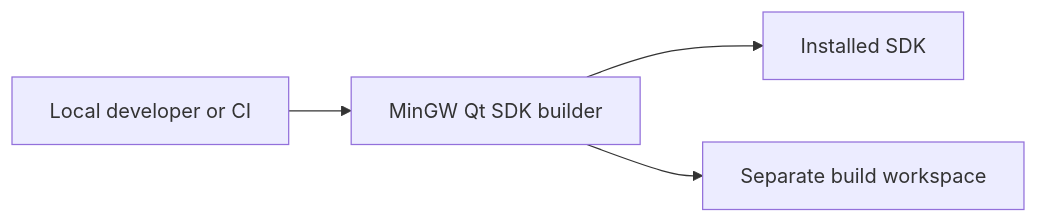
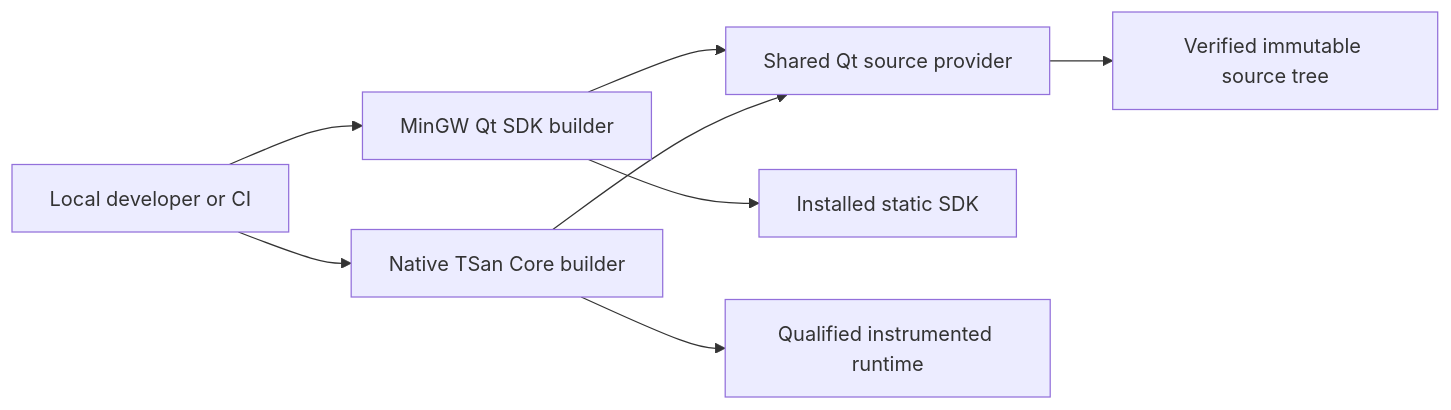
Before and after one commit to Vokerlee/wiola-player: the diagram in tools/sdk/README.md, drawn with Mermaid. The commit also changed other lines of this file and 31 other files, not shown here.

Commit message:
scripts: own native Qt Core instrumentation and runtime checks

````diff
--- a/tools/sdk/README.md
+++ b/tools/sdk/README.md
@@ -5,6 +5,10 @@
 ```mermaid
 flowchart LR
-  Caller[Local developer or CI] --> Qt[MinGW Qt SDK builder]
-  Qt --> Install[Installed SDK]
-  Qt --> Work[Separate build workspace]
+  Caller[Local developer or CI] --> Windows[MinGW Qt SDK builder]
+  Caller --> Native[Native TSan Core builder]
+  Windows --> Sources[Shared Qt source provider]
+  Native --> Sources
+  Sources --> Verified[Verified immutable source tree]
+  Windows --> Install[Installed static SDK]
+  Native --> Runtime[Qualified instrumented runtime]
 ```
````
